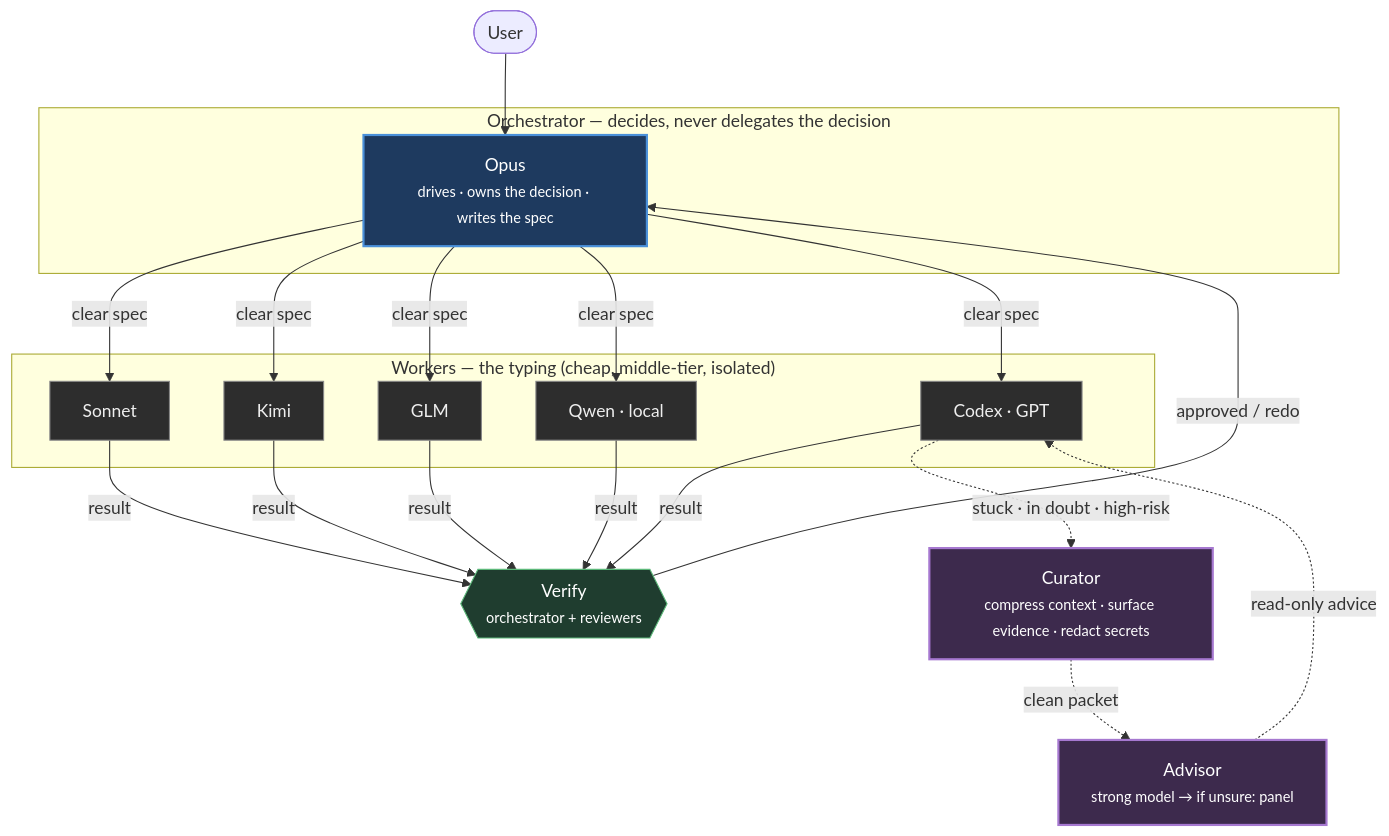
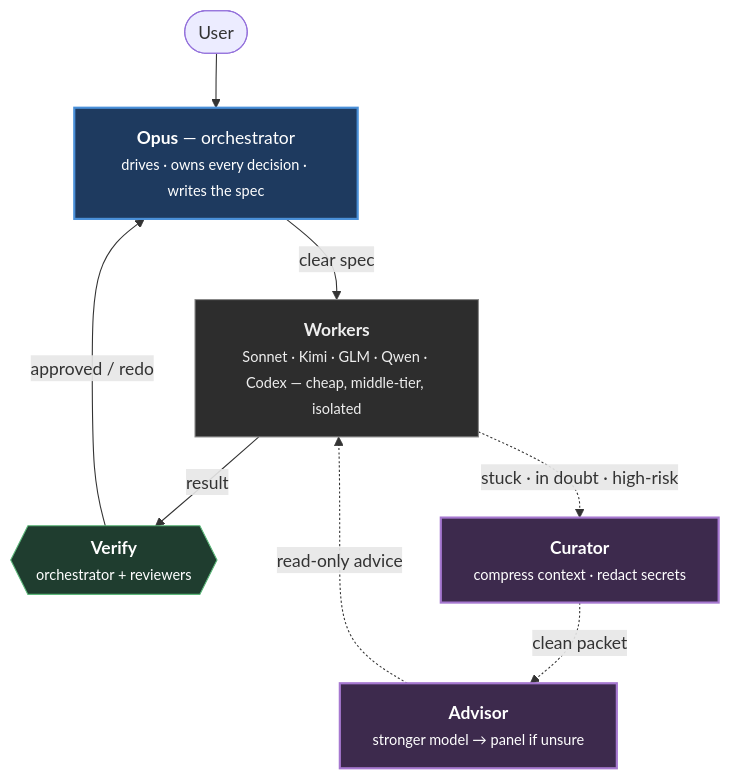
One commit to Pher217/consultum changed the diagram in README.md. Above: the diagram before and after it, drawn with Mermaid.

Commit message:
docs: simplify README hero diagram
Collapse five worker lanes into one Workers node, one clear-spec/result label each,
two clean loops (solid verify / dashed advisory). Fewer overlapping edges.

````diff
--- a/README.md
+++ b/README.md
@@ -23,43 +23,29 @@
 ```mermaid
 flowchart TD
-    User([User])
-    User --> Opus
+    User([User]) --> Opus
 
-    subgraph ORCH ["Orchestrator — decides, never delegates the decision"]
-      Opus["Opus<br/><small>drives · owns the decision · writes the spec</small>"]
-    end
+    Opus["<b>Opus</b> — orchestrator<br/><small>drives · owns every decision · writes the spec</small>"]
+    Opus -->|clear spec| Workers
+    Workers -->|result| Verify
+    Verify -->|approved / redo| Opus
 
-    Opus -->|clear spec| W1["Sonnet"]
-    Opus -->|clear spec| W2["Kimi"]
-    Opus -->|clear spec| W3["GLM"]
-    Opus -->|clear spec| W4["Qwen · local"]
-    Opus -->|clear spec| W5["Codex · GPT"]
+    Workers["<b>Workers</b><br/><small>Sonnet · Kimi · GLM · Qwen · Codex — cheap, middle-tier, isolated</small>"]
+    Verify{{"<b>Verify</b><br/><small>orchestrator + reviewers</small>"}}
 
-    subgraph WORKERS ["Workers — the typing (cheap, middle-tier, isolated)"]
-      W1
-      W2
-      W3
-      W4
-      W5
-    end
+    %% advisory channel — opens only when a worker is stuck
+    Workers -. "stuck · in doubt · high-risk" .-> Curator
+    Curator -. "clean packet" .-> Advisor
+    Advisor -. "read-only advice" .-> Workers
 
-    W1 -->|result| V{{"Verify<br/><small>orchestrator + reviewers</small>"}}
-    W2 -->|result| V
-    W3 -->|result| V
-    W4 -->|result| V
-    W5 -->|result| V
-    V -->|approved / redo| Opus
-
-    W5 -. "stuck · in doubt · high-risk" .-> CUR["Curator<br/><small>compress context · surface evidence · redact secrets</small>"]
-    CUR -. "clean packet" .-> ADV["Advisor<br/><small>strong model → if unsure: panel</small>"]
-    ADV -. "read-only advice" .-> W5
+    Curator["<b>Curator</b><br/><small>compress context · redact secrets</small>"]
+    Advisor["<b>Advisor</b><br/><small>stronger model → panel if unsure</small>"]
 
     classDef orch fill:#1e3a5f,stroke:#4a90d9,stroke-width:2px,color:#fff;
-    classDef worker fill:#2d2d2d,stroke:#888,color:#eee;
+    classDef pool fill:#2d2d2d,stroke:#888,color:#eee;
     classDef channel fill:#3d2a4d,stroke:#a678d0,stroke-width:2px,color:#fff;
     classDef verify fill:#1f3d2f,stroke:#5cb87a,color:#fff;
     class Opus orch;
-    class W1,W2,W3,W4,W5 worker;
-    class CUR,ADV channel;
-    class V verify;
+    class Workers pool;
+    class Curator,Advisor channel;
+    class Verify verify;
 ```
````
